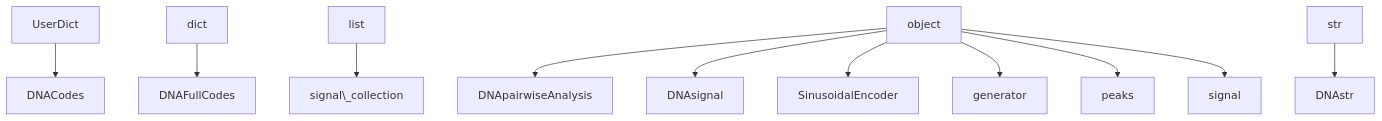
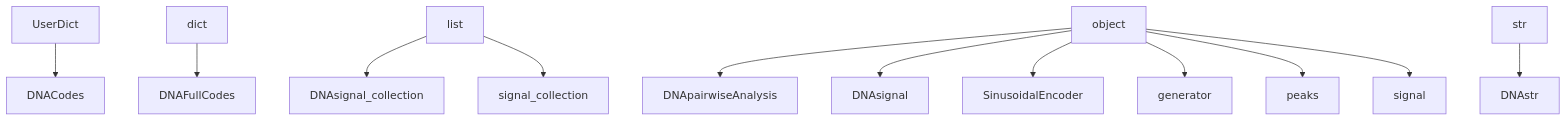
The diagram in docs_sphinx/source/README.md (ovitrac/sig2dna), drawn with Mermaid before and after one commit. The commit also changed other lines of this file and 67 other files, not shown here.

````diff
--- a/docs_sphinx/source/README.md
+++ b/docs_sphinx/source/README.md
@@ -759,23 +761,25 @@
 ```{mermaid}
 graph TD;
 DNACodes
 DNAFullCodes
 DNApairwiseAnalysis
 DNAsignal
+DNAsignal_collection
 DNAstr
 SinusoidalEncoder
 generator
 peaks
 signal
-signal\_collection
+signal_collection
 UserDict --> DNACodes
 dict --> DNAFullCodes
-list --> signal\_collection
+list --> DNAsignal_collection
+list --> signal_collection
 object --> DNApairwiseAnalysis
 object --> DNAsignal
 object --> SinusoidalEncoder
 object --> generator
 object --> peaks
 object --> signal
 str --> DNAstr
 ```
````
